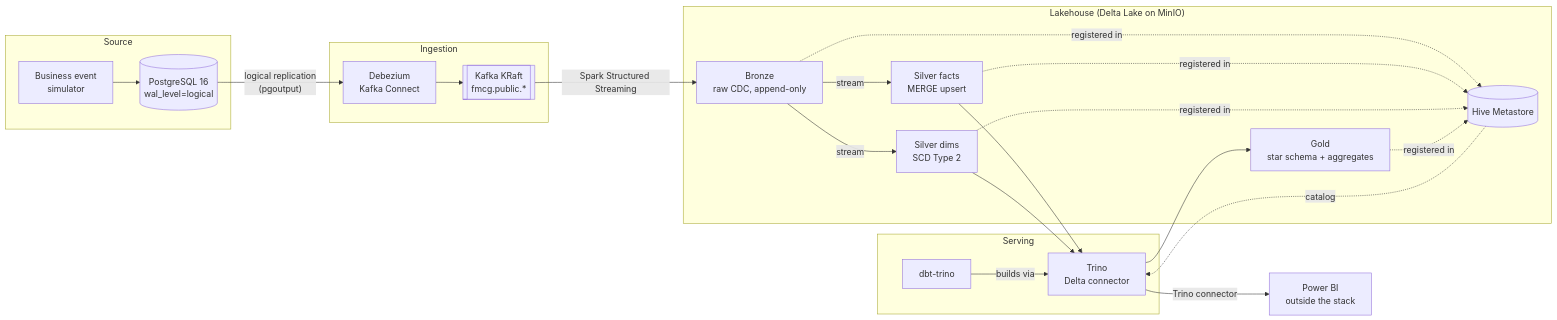
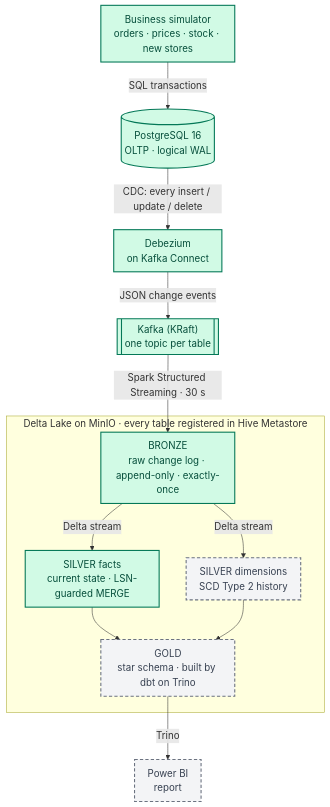
The diagram in README.md (cleavestone/fmcg-realtime-lakehouse), drawn with Mermaid before and after one commit. The commit also changed other lines of this file, not shown here.

Commit message:
docs: update README with progress, clearer architecture diagram and usage

````diff
--- a/README.md
+++ b/README.md
@@ -20,35 +37,32 @@
 ```mermaid
-flowchart LR
-  subgraph Source
-    SIM[Business event<br/>simulator] --> PG[(PostgreSQL 16<br/>wal_level=logical)]
+%%{init: {"themeVariables": {"fontSize": "18px"}, "flowchart": {"nodeSpacing": 50, "rankSpacing": 60, "padding": 12}}}%%
+flowchart TB
+  SIM["Business simulator<br/>orders · prices · stock · new stores"]
+  PG[("PostgreSQL 16<br/>OLTP · logical WAL")]
+  DBZ["Debezium<br/>on Kafka Connect"]
+  K[["Kafka (KRaft)<br/>one topic per table"]]
+
+  subgraph LAKE["Delta Lake on MinIO · every table registered in Hive Metastore"]
+    BR["BRONZE<br/>raw change log · append-only · exactly-once"]
+    SF["SILVER facts<br/>current state · LSN-guarded MERGE"]
+    SD["SILVER dimensions<br/>SCD Type 2 history"]
+    GD["GOLD<br/>star schema · built by dbt on Trino"]
   end
 
-  subgraph Ingestion
-    PG -- "logical replication<br/>(pgoutput)" --> DBZ[Debezium<br/>Kafka Connect]
-    DBZ --> K[[Kafka KRaft<br/>fmcg.public.*]]
-  end
+  PBI["Power BI<br/>report"]
 
-  subgraph Lakehouse["Lakehouse (Delta Lake on MinIO)"]
-    BR[Bronze<br/>raw CDC, append-only]
-    SF[Silver facts<br/>MERGE upsert]
-    SD[Silver dims<br/>SCD Type 2]
-    GD[Gold<br/>star schema + aggregates]
-    HMS[(Hive Metastore)]
-  end
+  SIM -->|"SQL transactions"| PG
+  PG -->|"CDC: every insert / update / delete"| DBZ
+  DBZ -->|"JSON change events"| K
+  K -->|"Spark Structured Streaming · 30 s"| BR
+  BR -->|"Delta stream"| SF
+  BR -->|"Delta stream"| SD
+  SF --> GD
+  SD --> GD
+  GD -->|"Trino"| PBI
 
-  subgraph Serving
-    TR[Trino<br/>Delta connector]
-    DBT[dbt-trino]
-  end
-
-  K -- Spark Structured Streaming --> BR
-  BR -- stream --> SF
-  BR -- stream --> SD
-  SF --> TR
-  SD --> TR
-  DBT -- builds via --> TR
-  TR --> GD
-  TR -- Trino connector --> PBI[Power BI<br/>outside the stack]
-  BR & SF & SD & GD -. registered in .-> HMS
-  HMS -. catalog .-> TR
+  classDef done fill:#d1fae5,stroke:#047857,stroke-width:2px,color:#064e3b
+  classDef next fill:#f3f4f6,stroke:#6b7280,stroke-width:2px,stroke-dasharray:6 4,color:#374151
+  class SIM,PG,DBZ,K,BR,SF done
+  class SD,GD,PBI next
 ```
````
